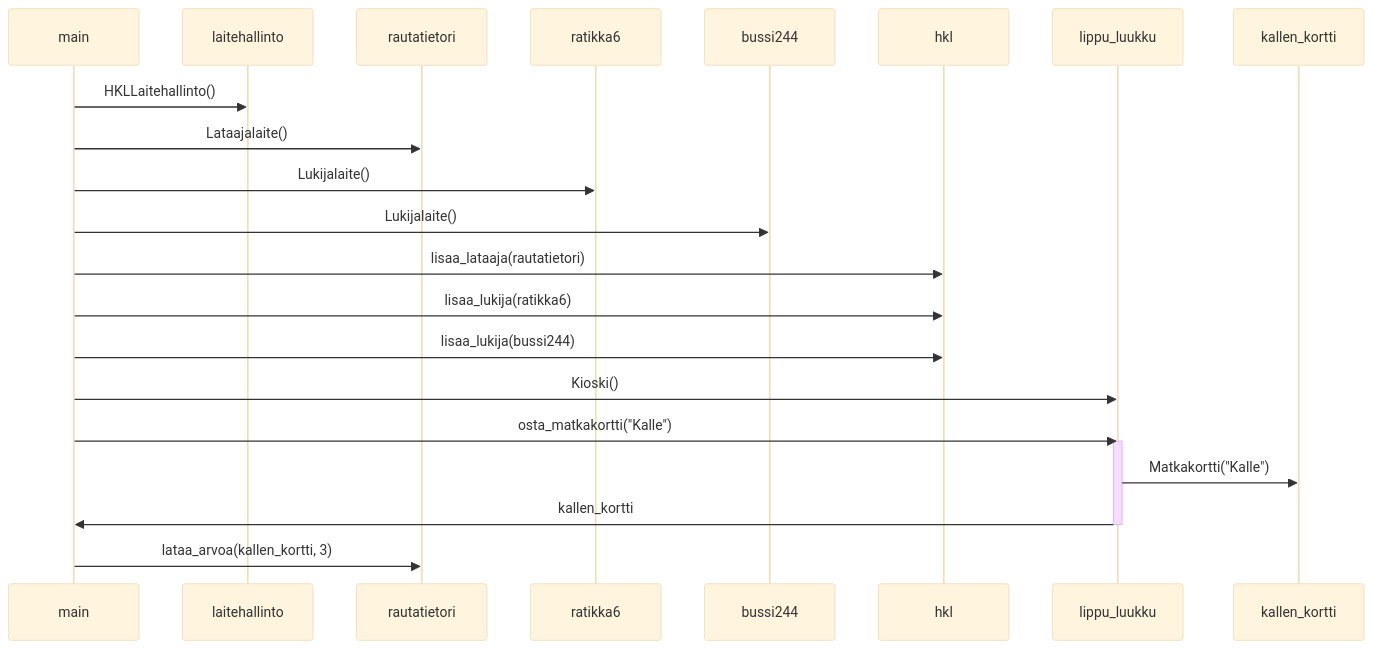
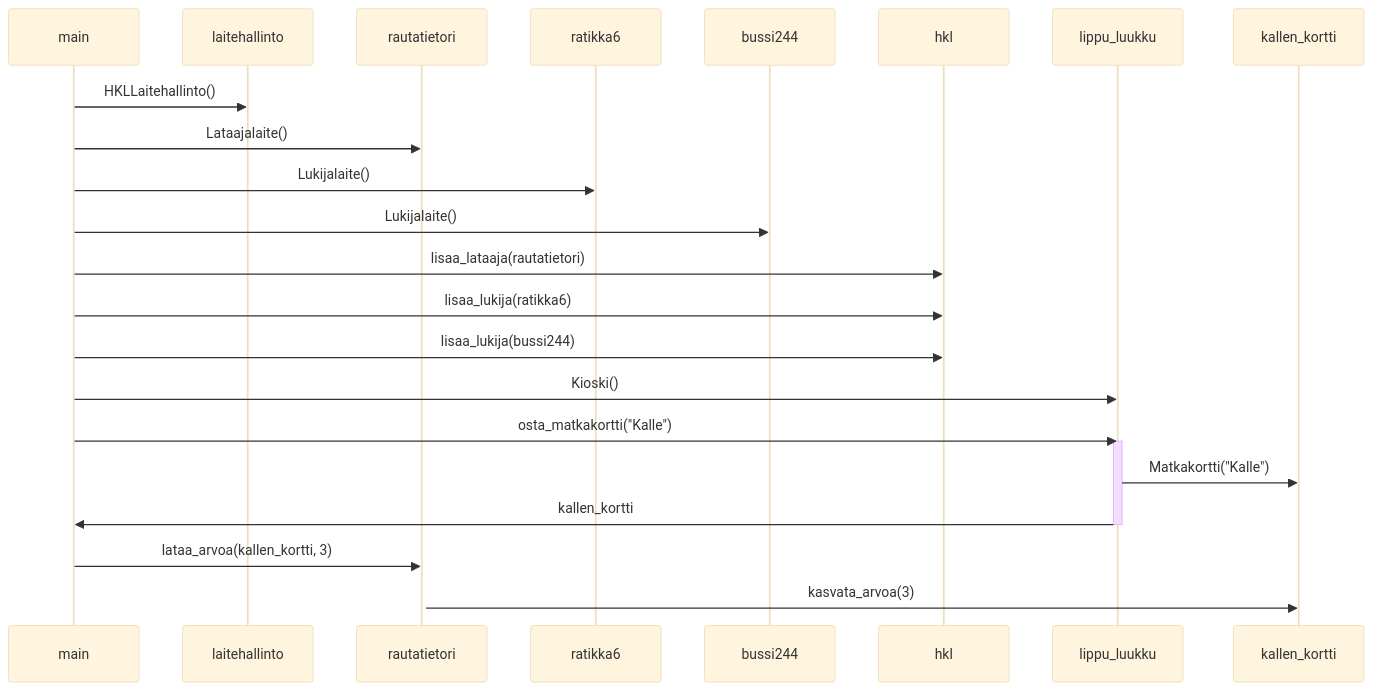
One commit to immone/ot-harjoitustyo-s2023 changed the diagram in laskarit/viikko3/matkakortti.md. Above: the diagram before and after it, drawn with Mermaid (base theme).

Commit message:
initial seq diagram

````diff
--- a/laskarit/viikko3/matkakortti.md
+++ b/laskarit/viikko3/matkakortti.md
@@ -1,23 +1,25 @@
 ```mermaid
 sequenceDiagram
     main->>laitehallinto: HKLLaitehallinto() 
     main->>rautatietori: Lataajalaite()
     main->>ratikka6: Lukijalaite()
     main->>bussi244: Lukijalaite()
     
     main->>hkl: lisaa_lataaja(rautatietori)
     
     main->>hkl: lisaa_lukija(ratikka6)
     
     main->> hkl: lisaa_lukija(bussi244)
 
     main->>lippu_luukku: Kioski()
     main ->> lippu_luukku: osta_matkakortti("Kalle")
     activate lippu_luukku
     lippu_luukku ->> kallen_kortti: Matkakortti("Kalle")
     lippu_luukku ->> main: kallen_kortti
     deactivate lippu_luukku
     
     main->>rautatietori : lataa_arvoa(kallen_kortti, 3)
+    activate rautatietori
+    rautatietori->>kallen_kortti: kasvata_arvoa(3)
 
 ```
````
